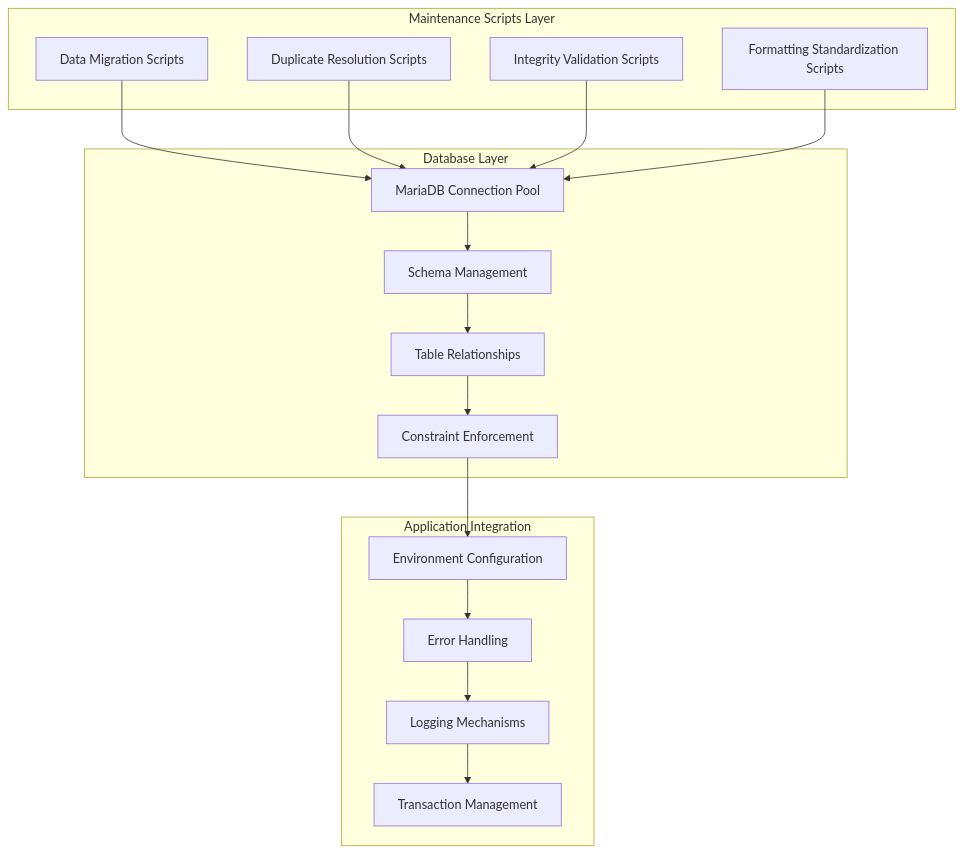
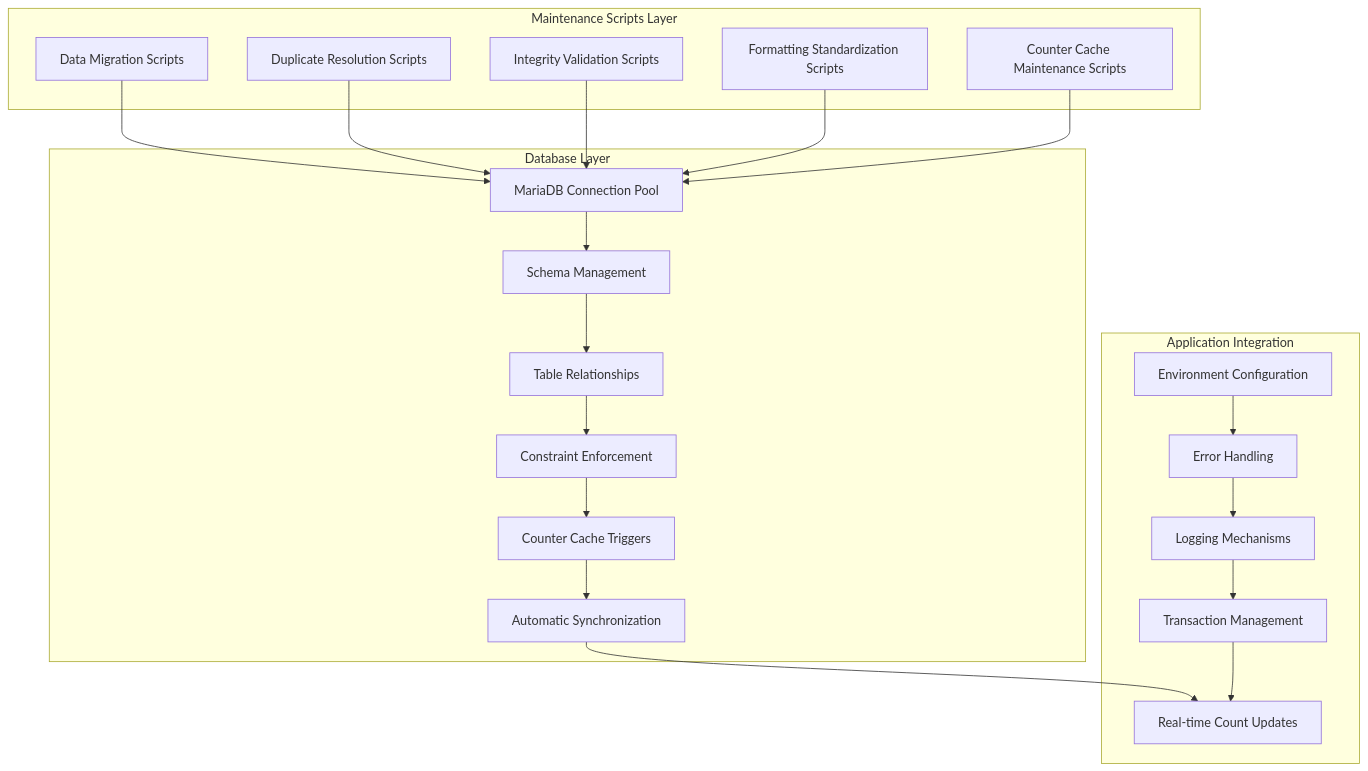
One commit to luiseduacosta/nodemural changed the second of 8 diagrams in .qoder/repowiki/en/content/Data Models & Database Design/Database Architecture & Connection Management/Database Integrity Maintenance Scripts.md. Above: the diagram before and after it, drawn with Mermaid. The commit also changed other lines of this file and 16 other files, not shown here.

````diff
--- a/.qoder/repowiki/en/content/Data Models & Database Design/Database Architecture & Connection Management/Database Integrity Maintenance Scripts.md
+++ b/.qoder/repowiki/en/content/Data Models & Database Design/Database Architecture & Connection Management/Database Integrity Maintenance Scripts.md
@@ -108,32 +127,40 @@
 ```mermaid
 graph TB
 subgraph "Maintenance Scripts Layer"
 A[Data Migration Scripts]
 B[Duplicate Resolution Scripts]
 C[Integrity Validation Scripts]
 D[Formatting Standardization Scripts]
+E[Counter Cache Maintenance Scripts]
 end
 subgraph "Database Layer"
-E[MariaDB Connection Pool]
-F[Schema Management]
-G[Table Relationships]
-H[Constraint Enforcement]
+F[MariaDB Connection Pool]
+G[Schema Management]
+H[Table Relationships]
+I[Constraint Enforcement]
+J[Counter Cache Triggers]
+K[Automatic Synchronization]
 end
 subgraph "Application Integration"
-I[Environment Configuration]
-J[Error Handling]
-K[Logging Mechanisms]
-L[Transaction Management]
+L[Environment Configuration]
+M[Error Handling]
+N[Logging Mechanisms]
+O[Transaction Management]
+P[Real-time Count Updates]
 end
-A --> E
-B --> E
-C --> E
-D --> E
+A --> F
+B --> F
+C --> F
+D --> F
 E --> F
 F --> G
 G --> H
 H --> I
 I --> J
 J --> K
-K --> L
+K --> P
+L --> M
+M --> N
+N --> O
+O --> P
 ```
````
